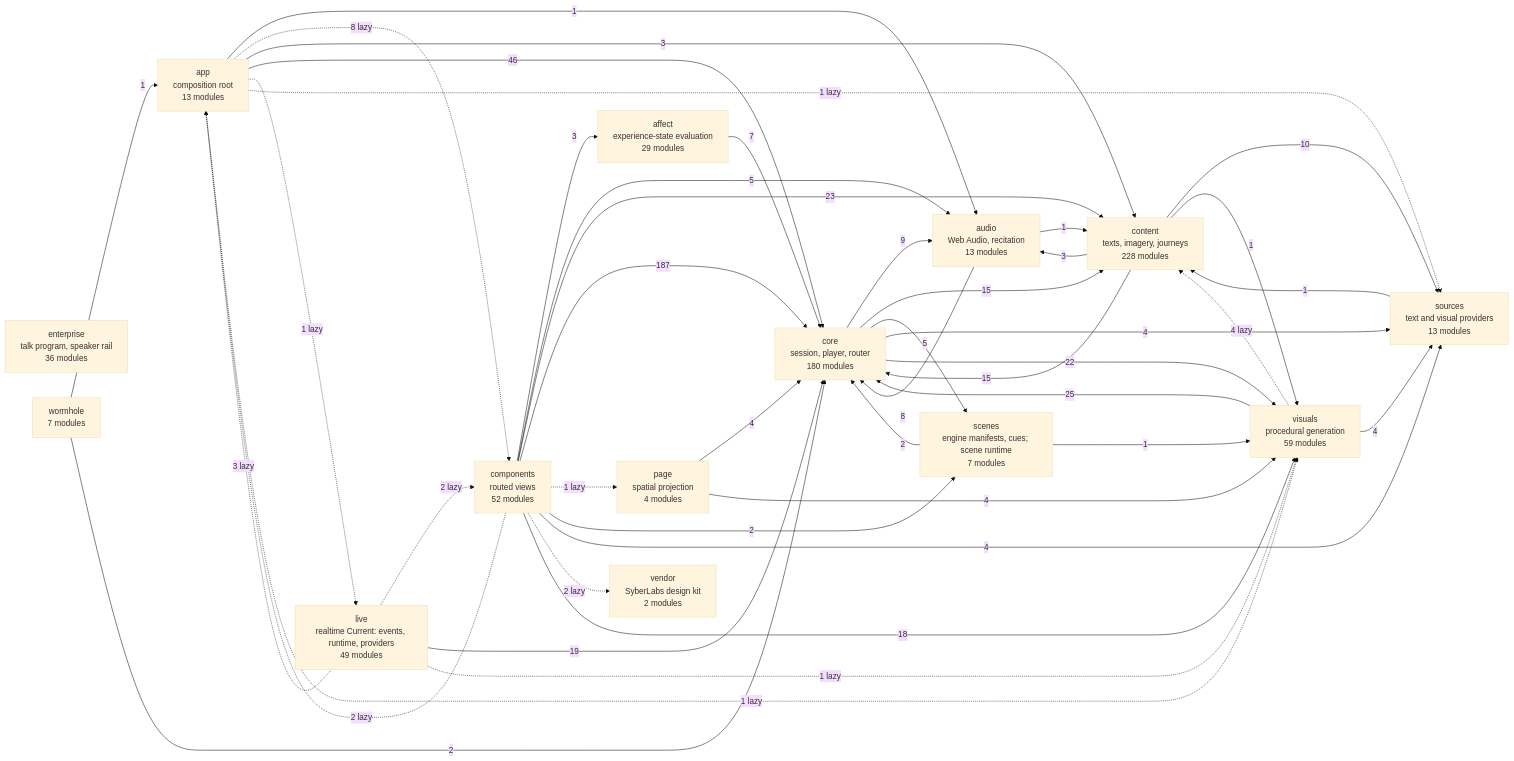
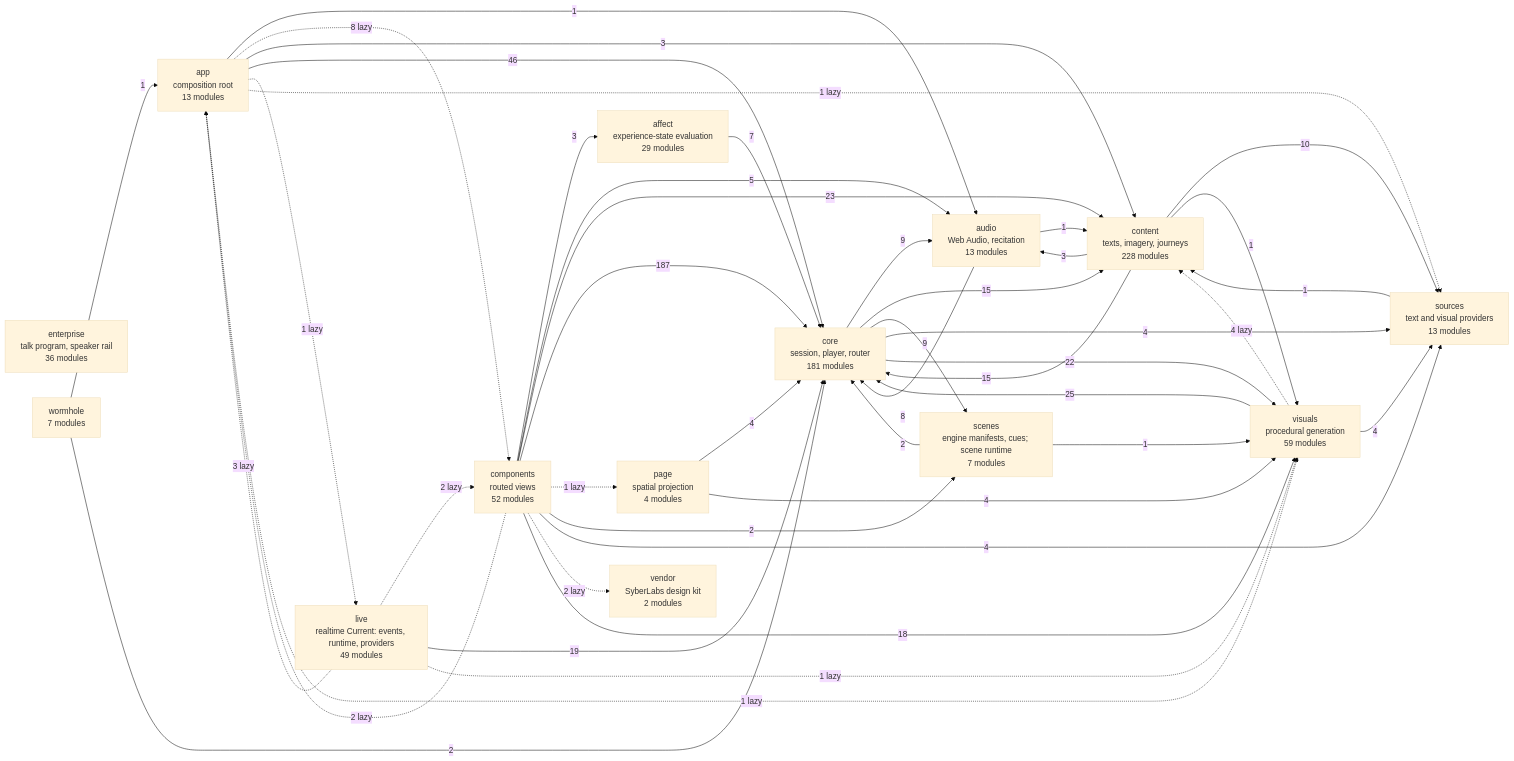
One commit to SyberLabs/RISE changed the diagram in docs/specs/ARCHITECTURE.md. Above: the diagram before and after it, drawn with Mermaid (base theme). The commit also changed other lines of this file and 9 other files, not shown here.

````diff
--- a/docs/specs/ARCHITECTURE.md
+++ b/docs/specs/ARCHITECTURE.md
@@ -154,61 +154,61 @@
 ```mermaid
 flowchart LR
     affect["affect<br/>experience-state evaluation<br/>29 modules"]
     app["app<br/>composition root<br/>13 modules"]
     audio["audio<br/>Web Audio, recitation<br/>13 modules"]
     components["components<br/>routed views<br/>52 modules"]
     content["content<br/>texts, imagery, journeys<br/>228 modules"]
-    core["core<br/>session, player, router<br/>180 modules"]
+    core["core<br/>session, player, router<br/>181 modules"]
     enterprise["enterprise<br/>talk program, speaker rail<br/>36 modules"]
     live["live<br/>realtime Current: events, runtime, providers<br/>49 modules"]
     page["page<br/>spatial projection<br/>4 modules"]
     scenes["scenes<br/>engine manifests, cues; scene runtime<br/>7 modules"]
     sources["sources<br/>text and visual providers<br/>13 modules"]
     vendor["vendor<br/>SyberLabs design kit<br/>2 modules"]
     visuals["visuals<br/>procedural generation<br/>59 modules"]
     wormhole["wormhole<br/>7 modules"]
 
     affect --> |7| core
     app --> |1| audio
     app -.-> |8 lazy| components
     app --> |3| content
     app --> |46| core
     app -.-> |1 lazy| live
     app -.-> |1 lazy| sources
     app -.-> |1 lazy| visuals
     audio --> |1| content
     audio --> |8| core
     components --> |3| affect
     components -.-> |2 lazy| app
     components --> |5| audio
     components --> |23| content
     components --> |187| core
     components -.-> |1 lazy| page
     components --> |2| scenes
     components --> |4| sources
     components -.-> |2 lazy| vendor
     components --> |18| visuals
     content --> |3| audio
     content --> |15| core
     content --> |10| sources
     content --> |1| visuals
     core --> |9| audio
     core --> |15| content
-    core --> |5| scenes
+    core --> |9| scenes
     core --> |4| sources
     core --> |22| visuals
     live -.-> |3 lazy| app
     live -.-> |2 lazy| components
     live --> |19| core
     live -.-> |1 lazy| visuals
     page --> |4| core
     page --> |4| visuals
     scenes --> |2| core
     scenes --> |1| visuals
     sources --> |1| content
     visuals -.-> |4 lazy| content
     visuals --> |25| core
     visuals --> |4| sources
     wormhole --> |1| app
     wormhole --> |2| core
 ```
````
